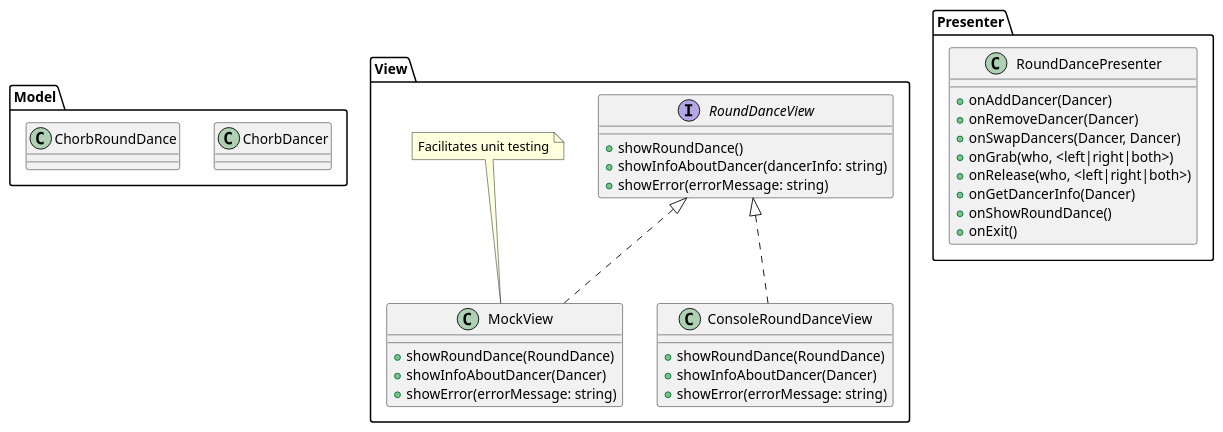
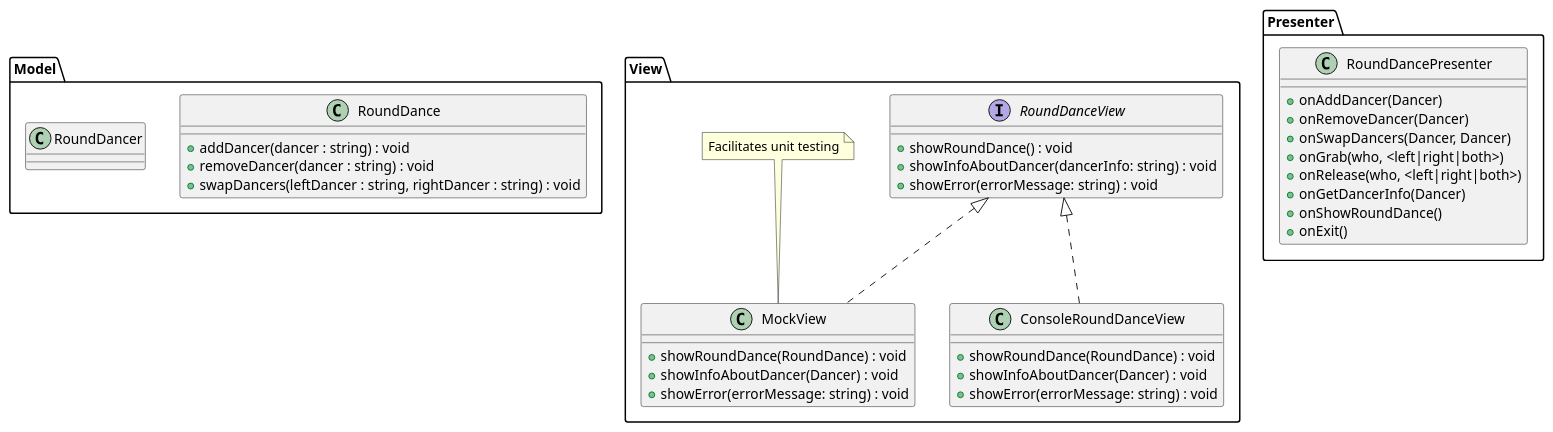
One commit to segoranov/round_dance changed the diagram in class_diagram.plantuml. Above: the diagram before and after it, drawn with PlantUML.

Commit message:
Add some methods and return types to classes

```diff
--- a/class_diagram.plantuml
+++ b/class_diagram.plantuml
@@ -1,42 +1,52 @@
 @startuml
 package Model {
-class ChorbDancer
-class ChorbRoundDance
+
+class RoundDance{
++ addDancer(dancer : string) : void
++ removeDancer(dancer : string) : void
++ swapDancers(leftDancer : string, rightDancer : string) : void 
+}
+
+class RoundDancer{
+
+}
+
 }
 
 package View {
+
 interface RoundDanceView {
-+ showRoundDance()
-+ showInfoAboutDancer(dancerInfo: string)
-+ showError(errorMessage: string)
++ showRoundDance() : void
++ showInfoAboutDancer(dancerInfo: string) : void
++ showError(errorMessage: string) : void
 }
 
 class ConsoleRoundDanceView implements RoundDanceView {
-+ showRoundDance(RoundDance)
-+ showInfoAboutDancer(Dancer)
-+ showError(errorMessage: string)
++ showRoundDance(RoundDance) : void
++ showInfoAboutDancer(Dancer) : void
++ showError(errorMessage: string) : void
 }
 
 class MockView implements RoundDanceView {
-+ showRoundDance(RoundDance)
-+ showInfoAboutDancer(Dancer)
-+ showError(errorMessage: string)
++ showRoundDance(RoundDance) : void
++ showInfoAboutDancer(Dancer) : void
++ showError(errorMessage: string) : void
 }
 note top of MockView: Facilitates unit testing
 
 }
 
 package Presenter {
 class RoundDancePresenter {
 + onAddDancer(Dancer)
 + onRemoveDancer(Dancer)
 + onSwapDancers(Dancer, Dancer)
 + onGrab(who, <left|right|both>)
 + onRelease(who, <left|right|both>)
 + onGetDancerInfo(Dancer)
 + onShowRoundDance()
 + onExit()
 }
 
 }
 @enduml
```
